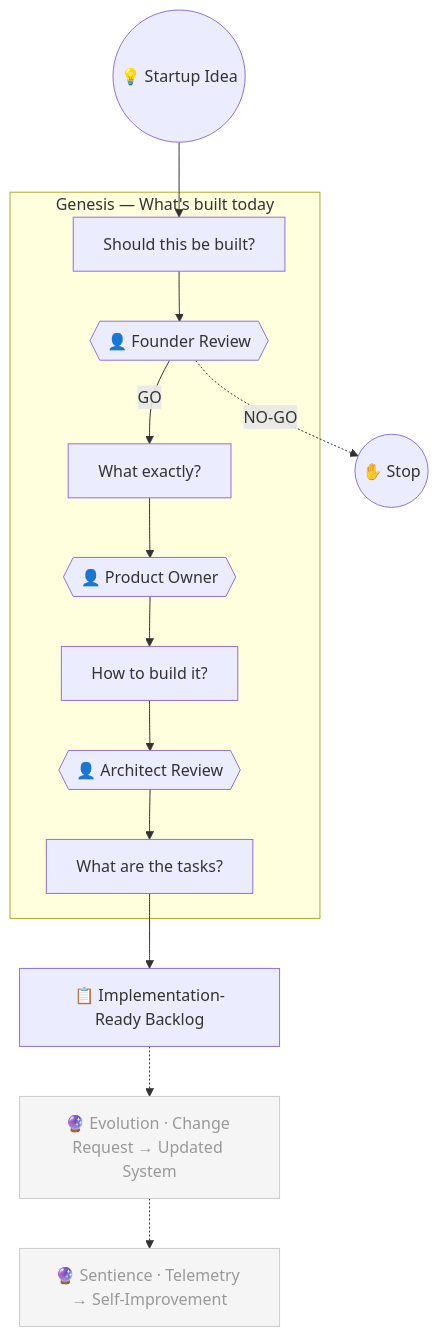
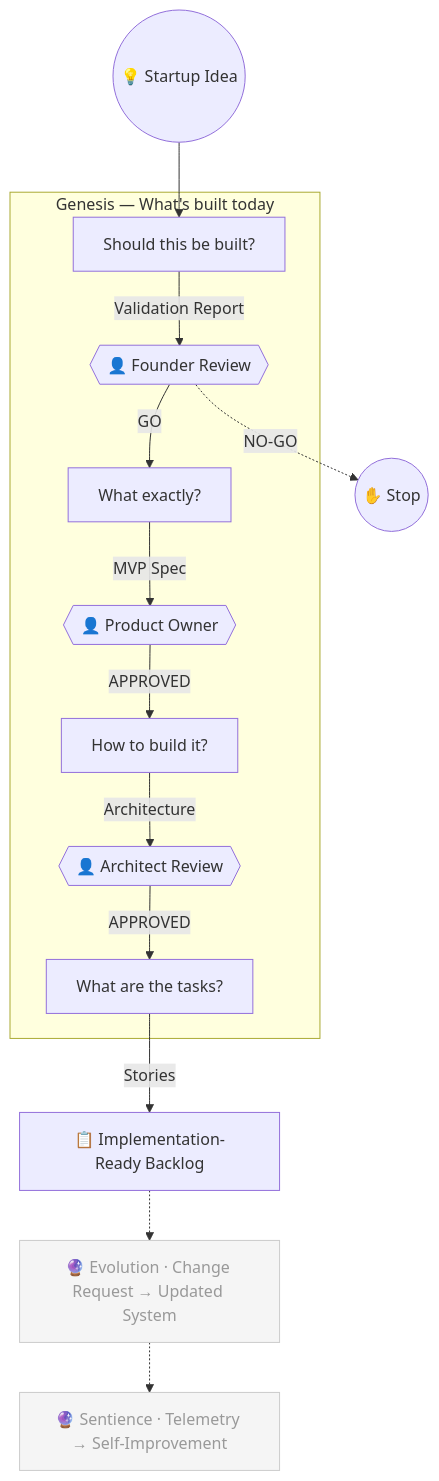
One commit to arslan70/haytham changed the diagram in README.md. Above: the diagram before and after it, drawn with Mermaid. The commit also changed other lines of this file and 5 other files, not shown here.

````diff
--- a/README.md
+++ b/README.md
@@ -18,24 +18,24 @@
 ```mermaid
 flowchart TD
     idea(("💡 Startup Idea"))
 
     idea --> P1
 
     subgraph genesis["Genesis — What's built today"]
-        P1["Should this be built?"] --> G1{{"👤 Founder Review"}}
+        P1["Should this be built?"] -->|Validation Report| G1{{"👤 Founder Review"}}
         G1 -->|GO| P2["What exactly?"]
-        P2 --> G2{{"👤 Product Owner"}}
-        G2 --> P3["How to build it?"]
-        P3 --> G3{{"👤 Architect Review"}}
-        G3 --> P4["What are the tasks?"]
+        P2 -->|MVP Spec| G2{{"👤 Product Owner"}}
+        G2 -->|APPROVED| P3["How to build it?"]
+        P3 -->|Architecture| G3{{"👤 Architect Review"}}
+        G3 -->|APPROVED| P4["What are the tasks?"]
     end
 
     G1 -.->|NO-GO| stop(("✋ Stop"))
-    P4 --> backlog["📋 Implementation-Ready Backlog"]
+    P4 -->|Stories| backlog["📋 Implementation-Ready Backlog"]
 
     backlog -.-> evolution["🔮 Evolution · Change Request → Updated System"]
     evolution -.-> sentience["🔮 Sentience · Telemetry → Self-Improvement"]
 
     style evolution fill:#f5f5f5,stroke:#ccc,color:#999
     style sentience fill:#f5f5f5,stroke:#ccc,color:#999
 ```
````
